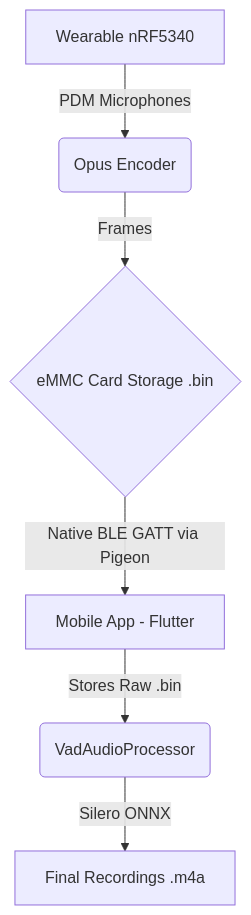
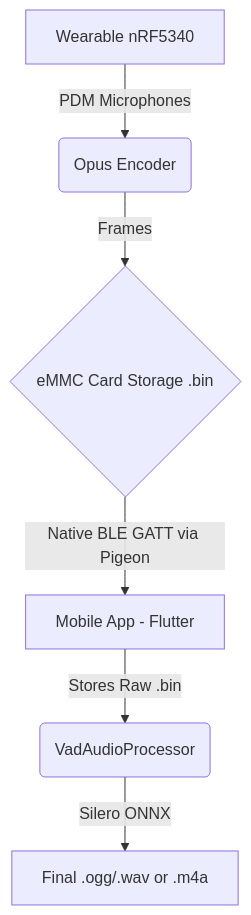
Before and after one commit to john-gitdev/omi-offline: the diagram in README.md, drawn with Mermaid. The commit also changed other lines of this file, not shown here.

````diff
--- a/README.md
+++ b/README.md
@@ -32,8 +32,8 @@
 ```mermaid
 graph TD
     A[Wearable nRF5340] -->|PDM Microphones| B(Opus Encoder)
     B -->|Frames| C{eMMC Card Storage .bin}
     C -->|Native BLE GATT via Pigeon| D[Mobile App - Flutter]
     D -->|Stores Raw .bin| E(VadAudioProcessor)
-    E -->|Silero ONNX| F[Final Recordings .m4a]
+    E -->|Silero ONNX| F[Final .ogg/.wav or .m4a]
 ```
````
